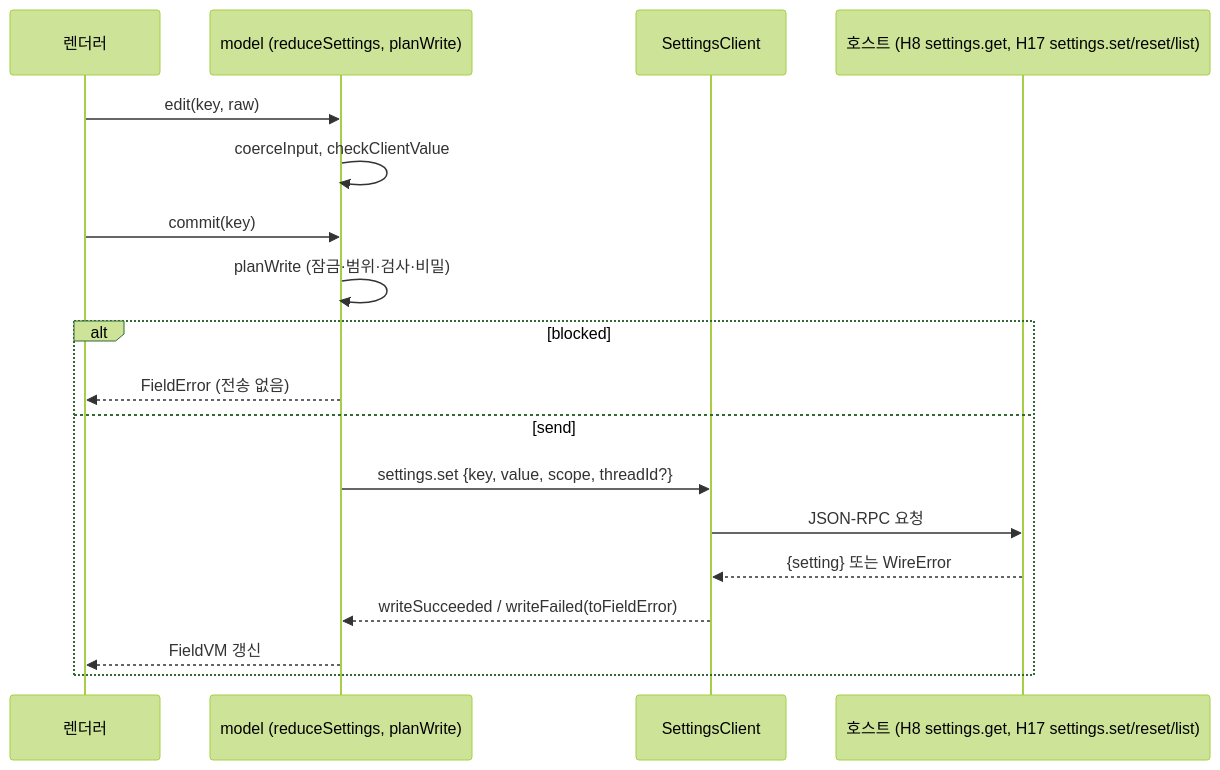
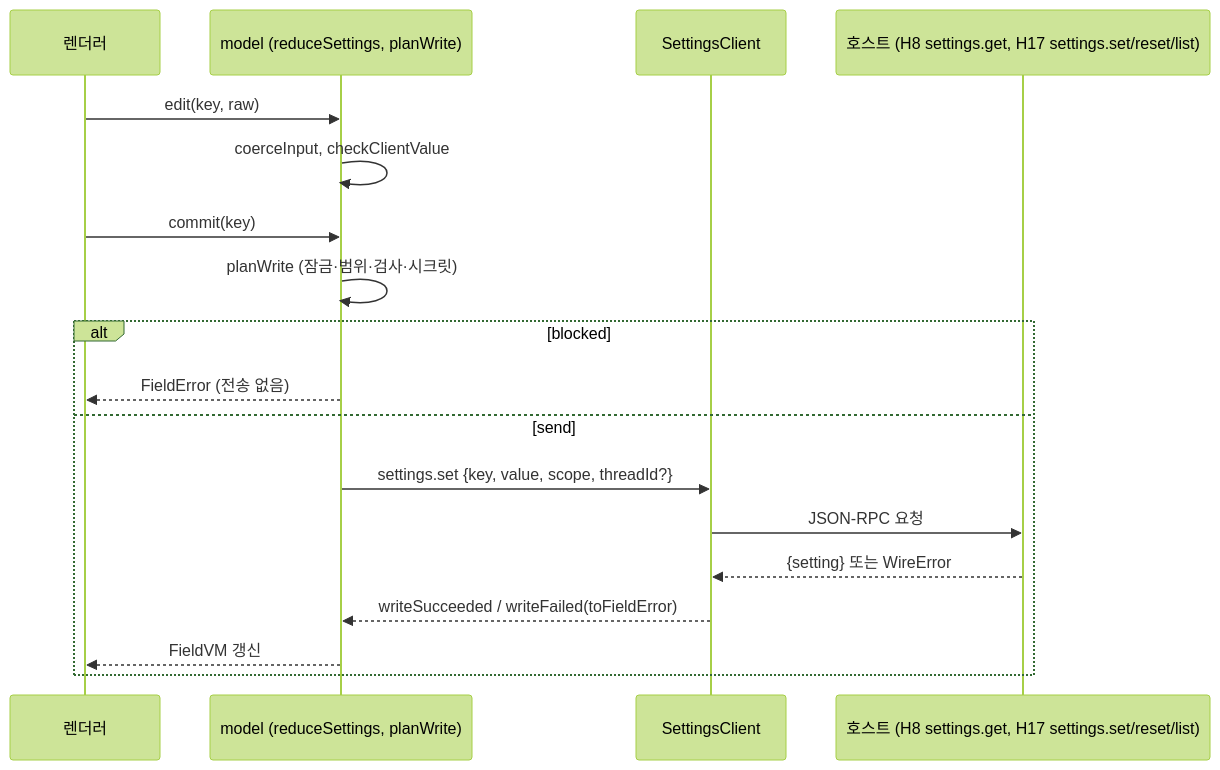
The diagram in docs/xeon/L4/settings-ui/spec.md (Rengod95/Helm-Agent_Docs_OS), drawn with Mermaid (forest theme) before and after one commit. The commit also changed other lines of this file and 506 other files, not shown here.

````diff
--- a/docs/xeon/L4/settings-ui/spec.md
+++ b/docs/xeon/L4/settings-ui/spec.md
@@ -743,20 +743,20 @@
 ```mermaid
 sequenceDiagram
   participant V as 렌더러
   participant M as model (reduceSettings, planWrite)
   participant C as SettingsClient
   participant H as 호스트 (H8 settings.get, H17 settings.set/reset/list)
   V->>M: edit(key, raw)
   M->>M: coerceInput, checkClientValue
   V->>M: commit(key)
-  M->>M: planWrite (잠금·범위·검사·비밀)
+  M->>M: planWrite (잠금·범위·검사·시크릿)
   alt blocked
     M-->>V: FieldError (전송 없음)
   else send
     M->>C: settings.set {key, value, scope, threadId?}
     C->>H: JSON-RPC 요청
     H-->>C: {setting} 또는 WireError
     C-->>M: writeSucceeded / writeFailed(toFieldError)
     M-->>V: FieldVM 갱신
   end
 ```
````
